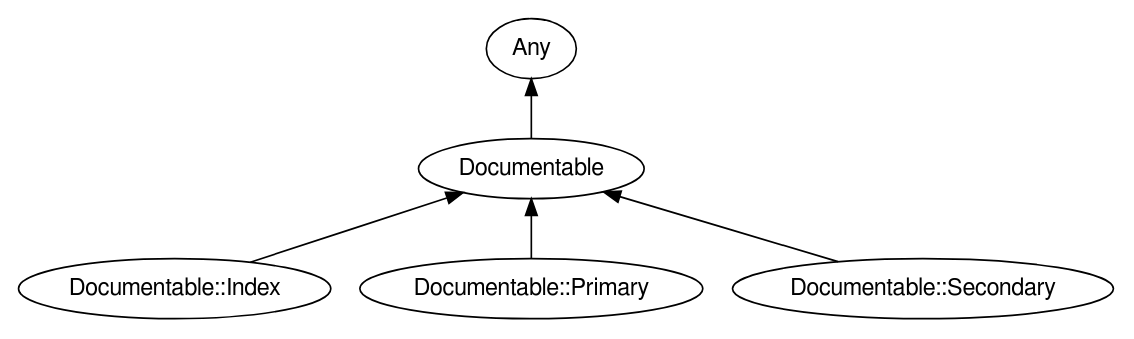
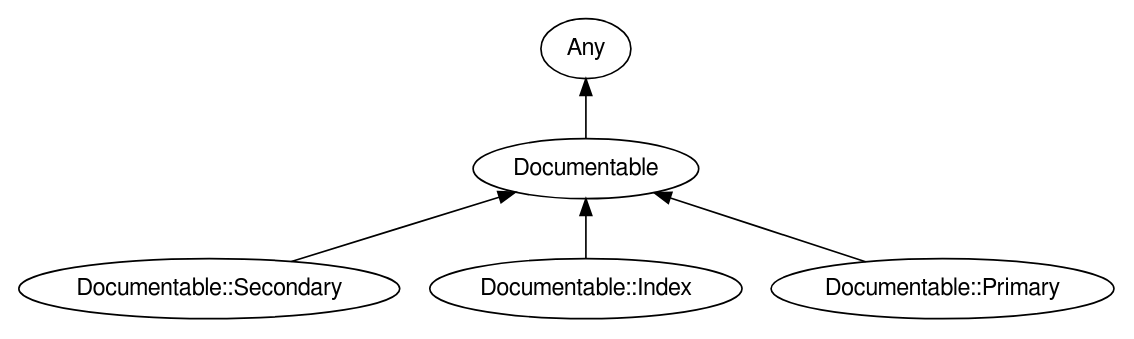
Before and after one commit to tbrowder/Documentable: the diagram in images/type-graph-Documentable.svg.dot, drawn with Graphviz. The commit also changed other lines of this file and 12 other files, not shown here.

```diff
--- a/images/type-graph-Documentable.svg.dot
+++ b/images/type-graph-Documentable.svg.dot
@@ -1,19 +1,19 @@
 digraph "perl6-type-graph" {
     rankdir=BT;
     splines=polyline;
     overlap=false; 
     // Types
     "Documentable" [color="#000000", fontcolor="#000000", href="/type/Documentable", fontname="FreeSans"];
     "Any" [color="#000000", fontcolor="#000000", href="/type/Any", fontname="FreeSans"];
+    "Documentable::Secondary" [color="#000000", fontcolor="#000000", href="/type/Documentable::Secondary", fontname="FreeSans"];
     "Documentable::Index" [color="#000000", fontcolor="#000000", href="/type/Documentable::Index", fontname="FreeSans"];
     "Documentable::Primary" [color="#000000", fontcolor="#000000", href="/type/Documentable::Primary", fontname="FreeSans"];
-    "Documentable::Secondary" [color="#000000", fontcolor="#000000", href="/type/Documentable::Secondary", fontname="FreeSans"];
 
     // Superclasses
     "Documentable" -> "Any" [color="#000000"];
+    "Documentable::Secondary" -> "Documentable" [color="#000000"];
     "Documentable::Index" -> "Documentable" [color="#000000"];
     "Documentable::Primary" -> "Documentable" [color="#000000"];
-    "Documentable::Secondary" -> "Documentable" [color="#000000"];
 
     // Roles
 }
```
